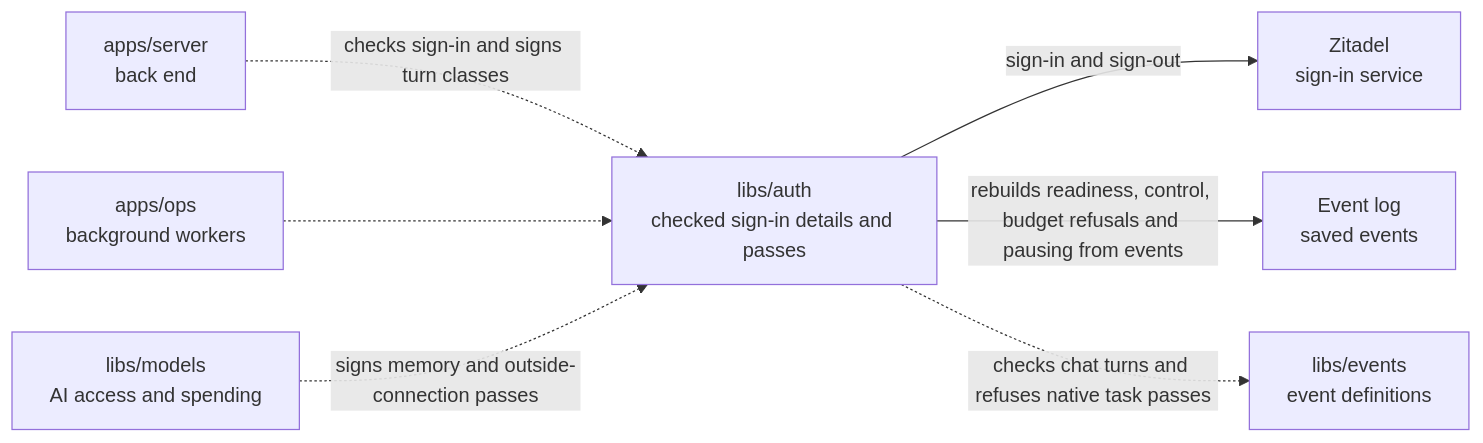
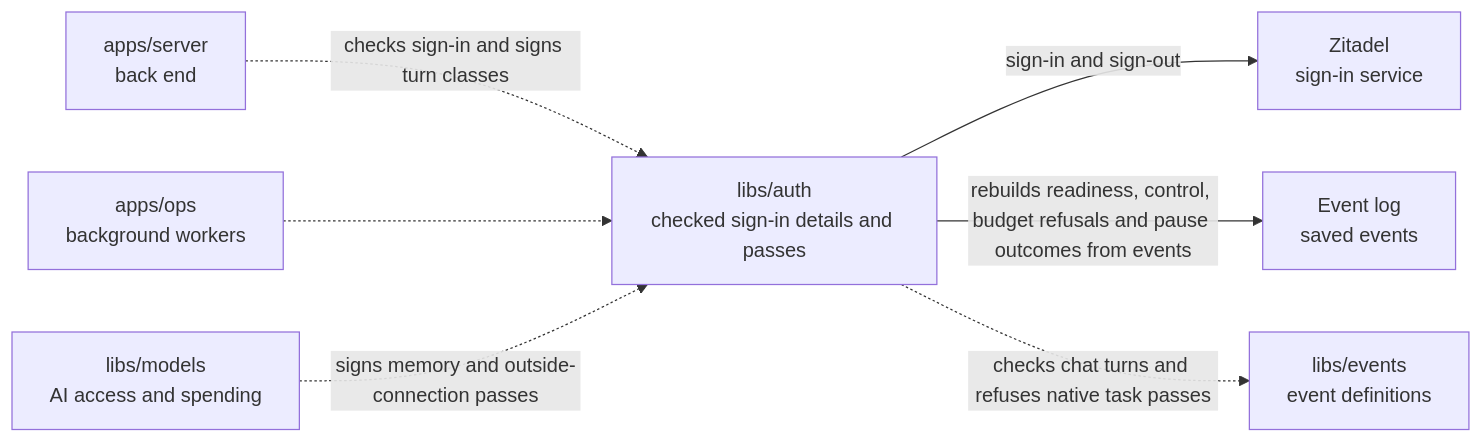
Before and after one commit to elewa-git/opencrane-new: the diagram in libs/auth/README.md, drawn with Mermaid. The commit also changed other lines of this file and 22 other files, not shown here.

````diff
--- a/libs/auth/README.md
+++ b/libs/auth/README.md
@@ -11,9 +11,9 @@
 ```mermaid
 flowchart LR
   server["apps/server<br/>back end"] -.->|checks sign-in and signs turn classes| auth["libs/auth<br/>checked sign-in details and passes"]
   ops["apps/ops<br/>background workers"] -.-> auth
   models["libs/models<br/>AI access and spending"] -.->|signs memory and outside-connection passes| auth
   auth -->|sign-in and sign-out| zitadel["Zitadel<br/>sign-in service"]
-  auth -->|rebuilds readiness, control, budget refusals and pausing from events| events["Event log<br/>saved events"]
+  auth -->|rebuilds readiness, control, budget refusals and pause outcomes from events| events["Event log<br/>saved events"]
   auth -.->|checks chat turns and refuses native task passes| catalogue["libs/events<br/>event definitions"]
 ```
````
